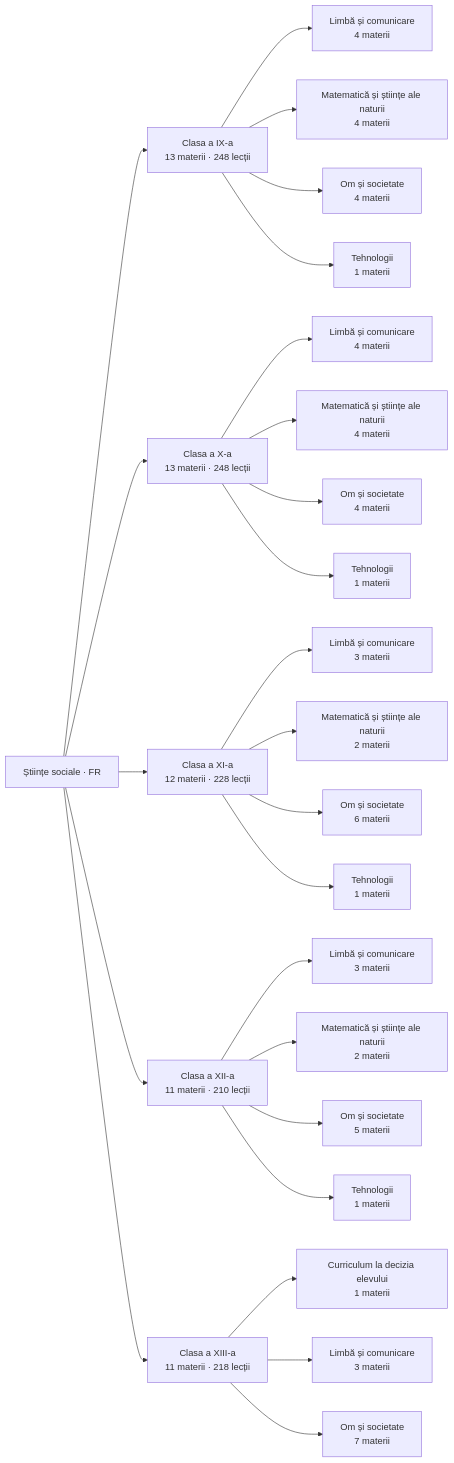
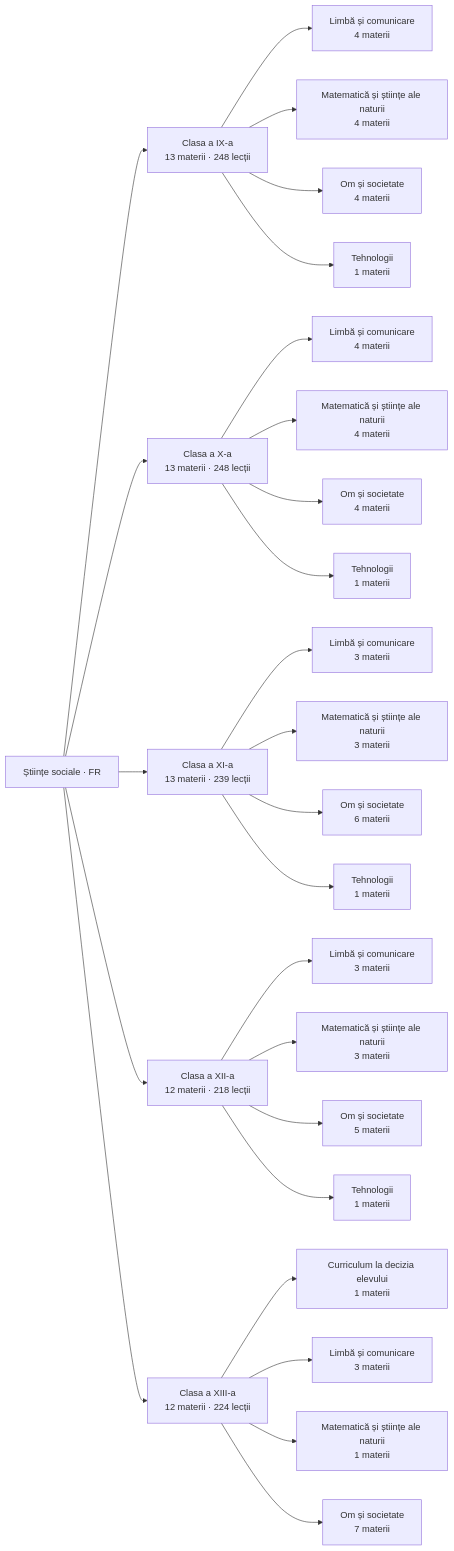
The diagram in vault/Hartă de învățare.md (almeueste777-ops/Stiinte01), drawn with Mermaid before and after one commit. The commit also changed other lines of this file and 65 other files, not shown here.

````diff
--- a/vault/Hartă de învățare.md
+++ b/vault/Hartă de învățare.md
@@ -10,52 +10,54 @@
 ```mermaid
 graph LR
   P["Științe sociale · FR"]
   C0["Clasa a IX-a<br/>13 materii · 248 lecții"]
   P --> C0
   A0_0["Limbă și comunicare<br/>4 materii"]
   C0 --> A0_0
   A0_1["Matematică și științe ale naturii<br/>4 materii"]
   C0 --> A0_1
   A0_2["Om și societate<br/>4 materii"]
   C0 --> A0_2
   A0_3["Tehnologii<br/>1 materii"]
   C0 --> A0_3
   C1["Clasa a X-a<br/>13 materii · 248 lecții"]
   P --> C1
   A1_0["Limbă și comunicare<br/>4 materii"]
   C1 --> A1_0
   A1_1["Matematică și științe ale naturii<br/>4 materii"]
   C1 --> A1_1
   A1_2["Om și societate<br/>4 materii"]
   C1 --> A1_2
   A1_3["Tehnologii<br/>1 materii"]
   C1 --> A1_3
-  C2["Clasa a XI-a<br/>12 materii · 228 lecții"]
+  C2["Clasa a XI-a<br/>13 materii · 239 lecții"]
   P --> C2
   A2_0["Limbă și comunicare<br/>3 materii"]
   C2 --> A2_0
-  A2_1["Matematică și științe ale naturii<br/>2 materii"]
+  A2_1["Matematică și științe ale naturii<br/>3 materii"]
   C2 --> A2_1
   A2_2["Om și societate<br/>6 materii"]
   C2 --> A2_2
   A2_3["Tehnologii<br/>1 materii"]
   C2 --> A2_3
-  C3["Clasa a XII-a<br/>11 materii · 210 lecții"]
+  C3["Clasa a XII-a<br/>12 materii · 218 lecții"]
   P --> C3
   A3_0["Limbă și comunicare<br/>3 materii"]
   C3 --> A3_0
-  A3_1["Matematică și științe ale naturii<br/>2 materii"]
+  A3_1["Matematică și științe ale naturii<br/>3 materii"]
   C3 --> A3_1
   A3_2["Om și societate<br/>5 materii"]
   C3 --> A3_2
   A3_3["Tehnologii<br/>1 materii"]
   C3 --> A3_3
-  C4["Clasa a XIII-a<br/>11 materii · 218 lecții"]
+  C4["Clasa a XIII-a<br/>12 materii · 224 lecții"]
   P --> C4
   A4_0["Curriculum la decizia elevului<br/>1 materii"]
   C4 --> A4_0
   A4_1["Limbă și comunicare<br/>3 materii"]
   C4 --> A4_1
-  A4_2["Om și societate<br/>7 materii"]
+  A4_2["Matematică și științe ale naturii<br/>1 materii"]
   C4 --> A4_2
+  A4_3["Om și societate<br/>7 materii"]
+  C4 --> A4_3
 ```
````
